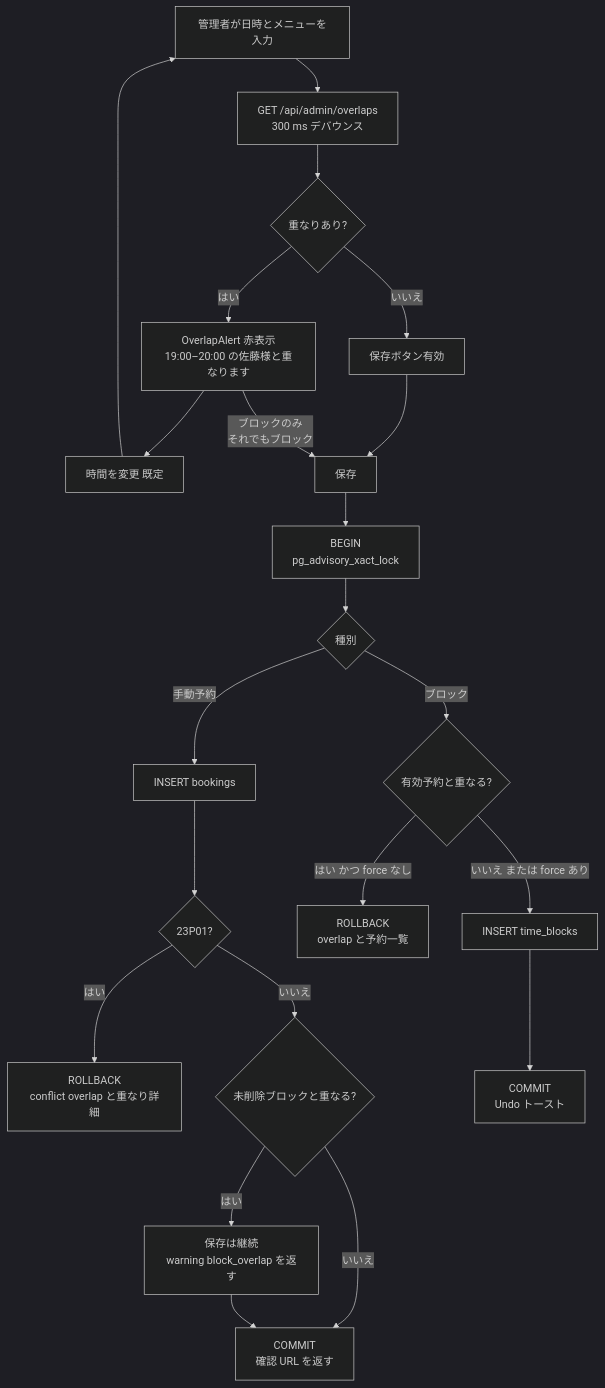
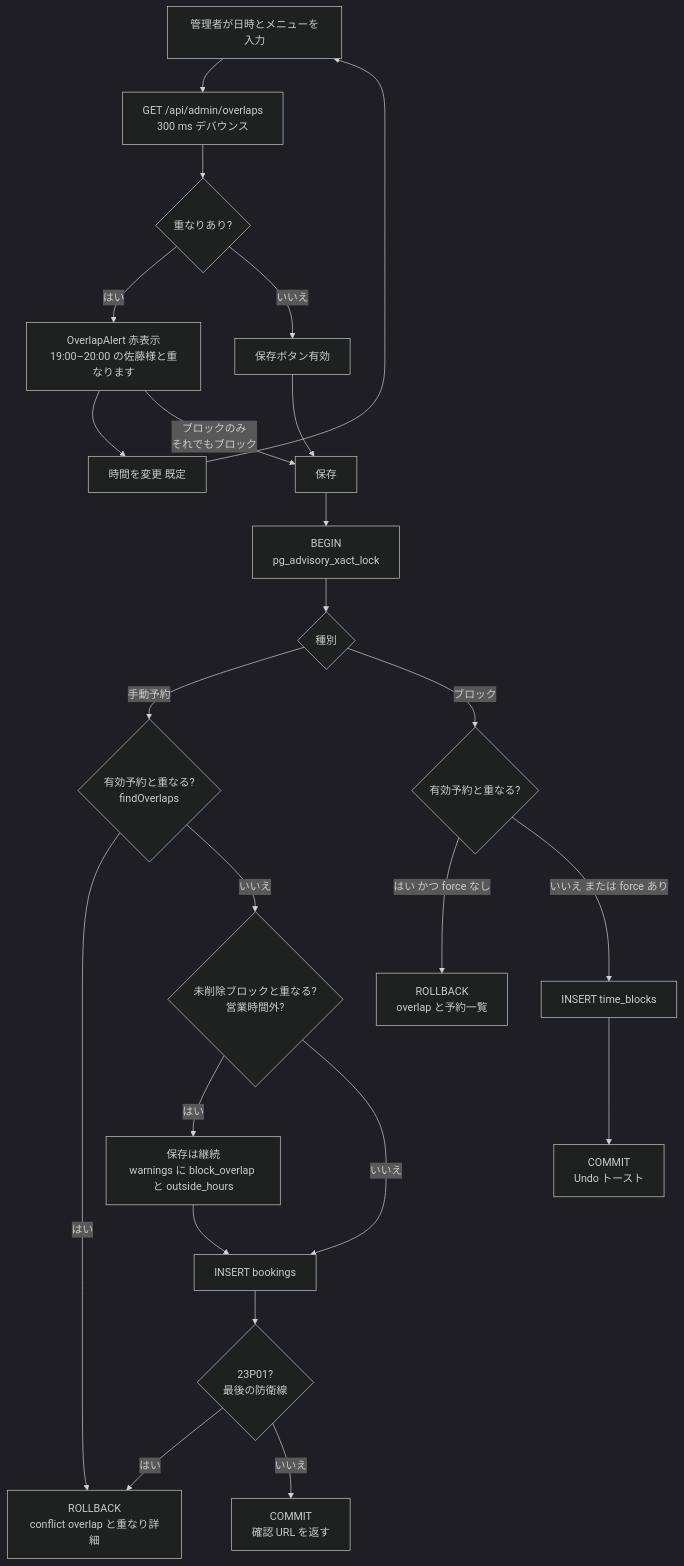
Before and after one commit to kaz-ma/barber-booking: the fourth of 6 diagrams in docs/03_design/05_state_and_flows.md, drawn with Mermaid (dark theme). The commit also changed other lines of this file and 3 other files, not shown here.

````diff
--- a/docs/03_design/05_state_and_flows.md
+++ b/docs/03_design/05_state_and_flows.md
@@ -189,24 +206,26 @@
 ```mermaid
 flowchart TD
   IN["管理者が日時とメニューを入力"] --> PRE["GET /api/admin/overlaps<br/>300 ms デバウンス"]
   PRE --> SHOW{"重なりあり?"}
   SHOW -- "はい" --> RED["OverlapAlert 赤表示<br/>19:00–20:00 の佐藤様と重なります"]
   SHOW -- "いいえ" --> OK["保存ボタン有効"]
   RED --> CHG["時間を変更 既定"]
   CHG --> IN
   OK --> SAVE["保存"]
   RED -->|"ブロックのみ<br/>それでもブロック"| SAVE
   SAVE --> TX["BEGIN<br/>pg_advisory_xact_lock"]
   TX --> KIND{"種別"}
-  KIND -- "手動予約" --> INS["INSERT bookings"]
-  INS --> EX{"23P01?"}
-  EX -- "はい" --> RB1["ROLLBACK<br/>conflict overlap と重なり詳細"]
-  EX -- "いいえ" --> BLKCHK{"未削除ブロックと重なる?"}
-  BLKCHK -- "はい" --> WARN["保存は継続<br/>warning block_overlap を返す"]
-  BLKCHK -- "いいえ" --> CM["COMMIT<br/>確認 URL を返す"]
-  WARN --> CM
+  KIND -- "手動予約" --> PCHK{"有効予約と重なる?<br/>findOverlaps"}
+  PCHK -- "はい" --> RB1["ROLLBACK<br/>conflict overlap と重なり詳細"]
+  PCHK -- "いいえ" --> BLKCHK{"未削除ブロックと重なる?<br/>営業時間外?"}
+  BLKCHK -- "はい" --> WARN["保存は継続<br/>warnings に block_overlap と outside_hours"]
+  BLKCHK -- "いいえ" --> INS["INSERT bookings"]
+  WARN --> INS
+  INS --> EX{"23P01?<br/>最後の防衛線"}
+  EX -- "はい" --> RB1
+  EX -- "いいえ" --> CM["COMMIT<br/>確認 URL を返す"]
   KIND -- "ブロック" --> BQ{"有効予約と重なる?"}
   BQ -- "はい かつ force なし" --> RB2["ROLLBACK<br/>overlap と予約一覧"]
   BQ -- "いいえ または force あり" --> BI["INSERT time_blocks"]
   BI --> CM2["COMMIT<br/>Undo トースト"]
 ```
````
